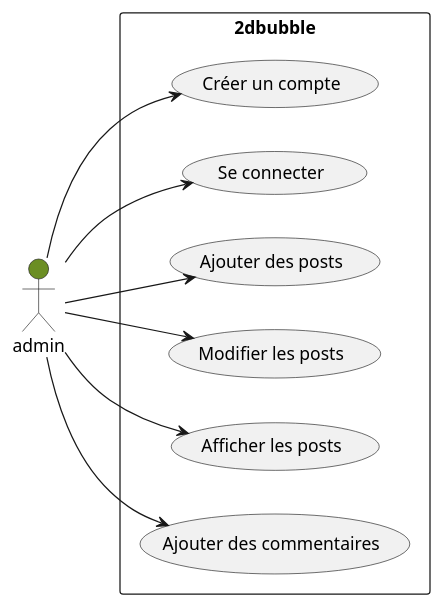
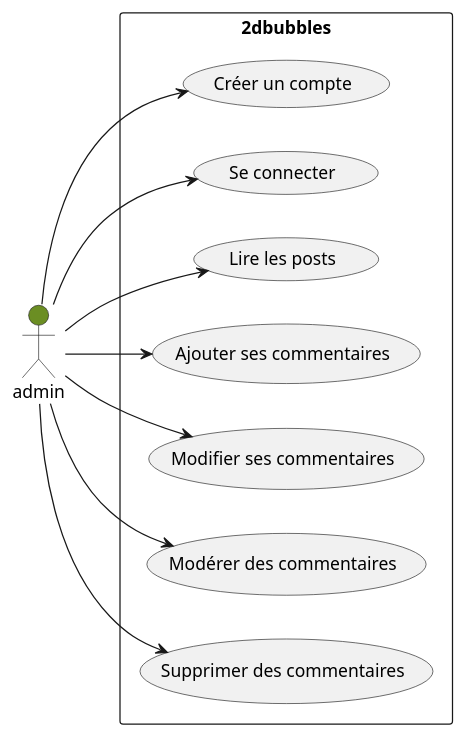
The diagram in diagrammes-uml/UserCase/UserAdmin.puml (laurasullyalexandrine/the2dbubbles), drawn with PlantUML before and after one commit. The commit also changed other lines of this file and 2 other files, not shown here.

Commit message:
update the UserCase diagrams User IserAdmin and UserSuperAdmin

```diff
--- a/diagrammes-uml/UserCase/UserAdmin.puml
+++ b/diagrammes-uml/UserCase/UserAdmin.puml
@@ -2,23 +1,25 @@
 @startuml admin
 
 left to right direction
 
 actor "admin" as admin #OliveDrab
 
-rectangle 2dbubble{
+rectangle 2dbubbles{
   usecase "Créer un compte" as UC1
   usecase "Se connecter" as UC2
-  usecase "Ajouter des posts" as UC3
-  usecase "Modifier les posts" as UC4
-  usecase "Afficher les posts" as UC5
-  usecase "Ajouter des commentaires" as UC6
+  usecase "Lire les posts" as UC3
+  usecase "Ajouter ses commentaires" as UC4
+  usecase "Modifier ses commentaires" as UC5
+  usecase "Modérer des commentaires" as UC6
+  usecase "Supprimer des commentaires" as UC7
 }
 
 admin --> UC1
 admin --> UC2
 admin --> UC3
 admin --> UC4
 admin --> UC5
 admin --> UC6
+admin --> UC7
 
 @enduml
```
